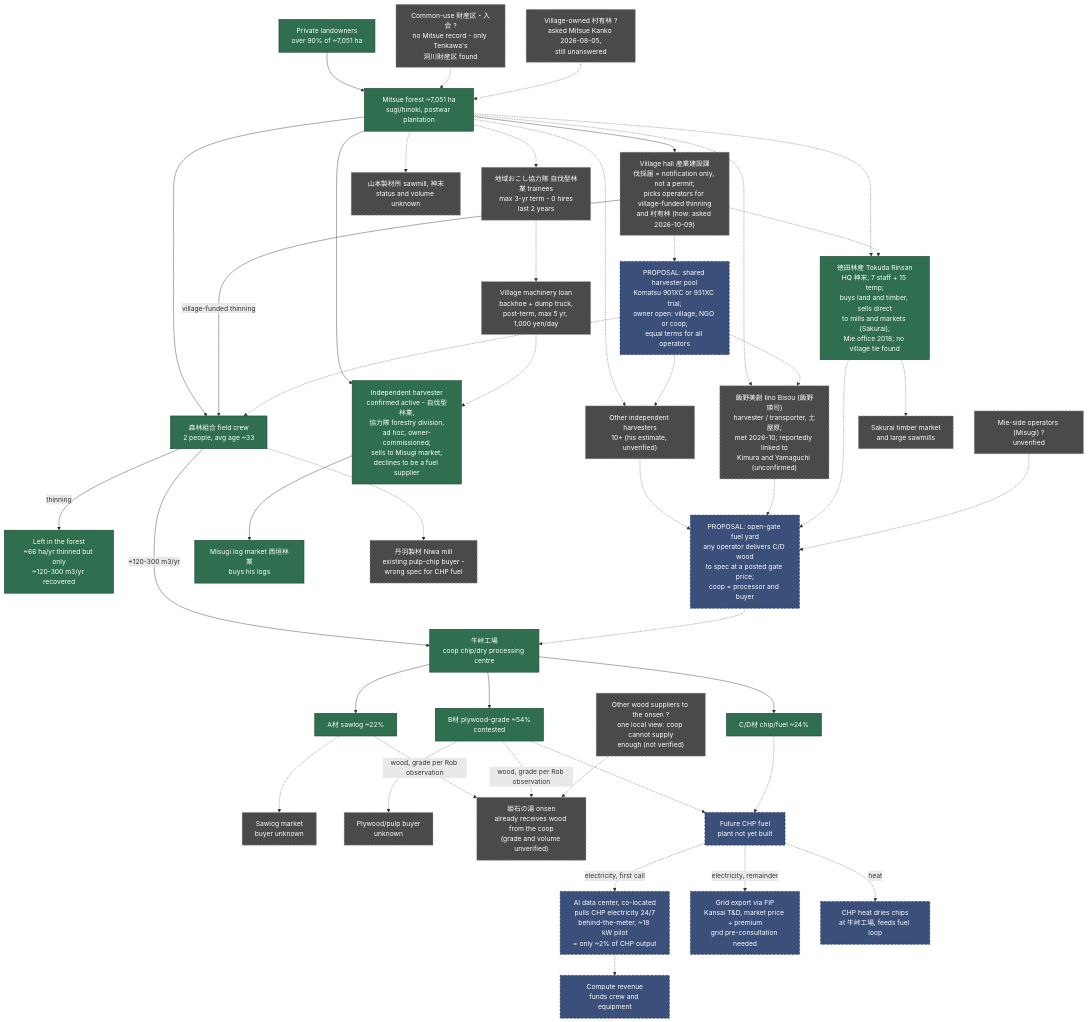
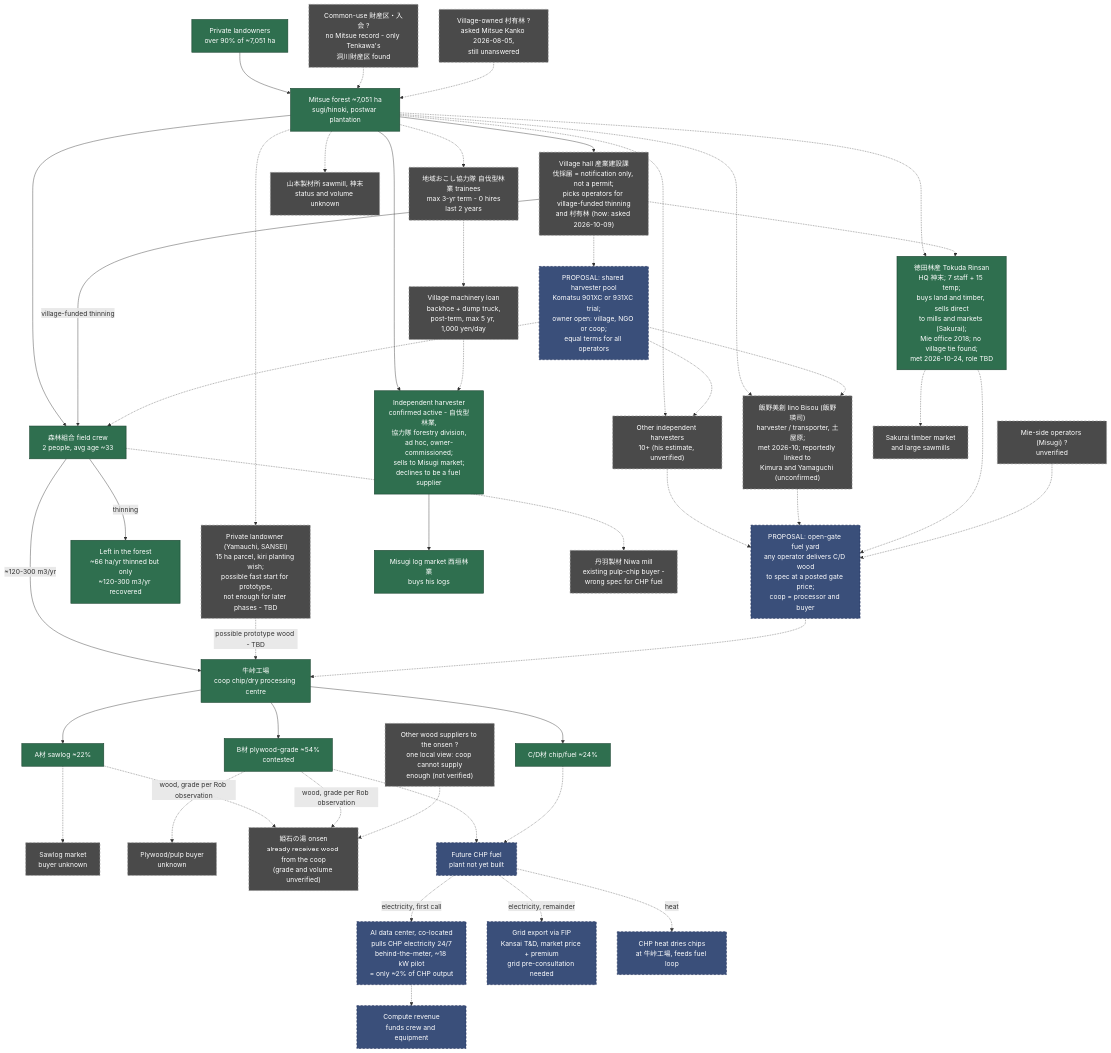
The diagram in docs/energy-forest/workforce/mitsue_forest_supply_chain_diagram.md (robouden/mitsue-ai-data-center), drawn with Mermaid before and after one commit. The commit also changed other lines of this file and 16 other files, not shown here.

Commit message:
Add Tokuda/Fujitsugu cards + Oba follow-up to people register v1.54; add possible harvester/landowner (Tokuda, Yamauchi) nodes to collaboration + supply-chain diagrams (EN+JP, A3 relayout, Iino synced); revise Oba land-ownership draft v0.2

````diff
--- a/docs/energy-forest/workforce/mitsue_forest_supply_chain_diagram.md
+++ b/docs/energy-forest/workforce/mitsue_forest_supply_chain_diagram.md
@@ -25,7 +25,8 @@
 
     coopcrew["森林組合 field crew<br/>2 people, avg age ~33"]
     yamaguchi["Independent harvester<br/>confirmed active - 自伐型林業,<br/>協力隊 forestry division,<br/>ad hoc, owner-commissioned;<br/>sells to Misugi market;<br/>declines to be a fuel supplier"]
-    tokuda["徳田林産 Tokuda Rinsan<br/>HQ 神末; 7 staff + 15 temp;<br/>buys land and timber, sells direct<br/>to mills and markets (Sakurai);<br/>Mie office 2018; no village tie found"]
+    tokuda["徳田林産 Tokuda Rinsan<br/>HQ 神末; 7 staff + 15 temp;<br/>buys land and timber, sells direct<br/>to mills and markets (Sakurai);<br/>Mie office 2018; no village tie found;<br/>met 2026-10-24, role TBD"]
+    yamauchi["Private landowner (Yamauchi, SANSEI)<br/>15 ha parcel, kiri planting wish;<br/>possible fast start for prototype,<br/>not enough for later phases - TBD"]
     iino["飯野美創 Iino Bisou (飯野瑛司)<br/>harvester / transporter, 土屋原;<br/>met 2026-10; reportedly linked to<br/>Kimura and Yamaguchi (unconfirmed)"]
     otherindep["Other independent harvesters<br/>10+ (his estimate, unverified)"]
     miesup["Mie-side operators (Misugi) ?<br/>unverified"]
@@ -35,6 +36,7 @@
     forest --> coopcrew
     forest --> yamaguchi
     forest -.-> tokuda
+    forest -.-> yamauchi
     forest -.-> otherindep
     forest -.-> iino
     forest -.-> corps
@@ -48,6 +50,7 @@
 
     mill["牛峠工場<br/>coop chip/dry processing centre"]
     coopcrew -->|"~120-300 m3/yr"| mill
+    yamauchi -.->|"possible prototype wood - TBD"| mill
 
     gate["PROPOSAL: open-gate fuel yard<br/>any operator delivers C/D wood<br/>to spec at a posted gate price;<br/>coop = processor and buyer"]
     otherindep -.-> gate
@@ -102,6 +105,6 @@
     classDef future fill:#3a4f7a,stroke:#22315c,stroke-width:1.4px,color:#ffffff,stroke-dasharray:5 4
 
     class own1,forest,coopcrew,yamaguchi,tokuda,leftover,mill,gA,gB,gCD,misugi known
-    class own2,own3,vh,iino,otherindep,miesup,corps,loan,sawmkt,sakurai,yamamoto,plymkt,niwa,onsen,othersup unknown
+    class own2,own3,vh,iino,otherindep,miesup,corps,loan,sawmkt,sakurai,yamamoto,plymkt,niwa,onsen,othersup,yamauchi unknown
     class chp,dc,grid,dry,compute,gate,machine future
 ```
````
